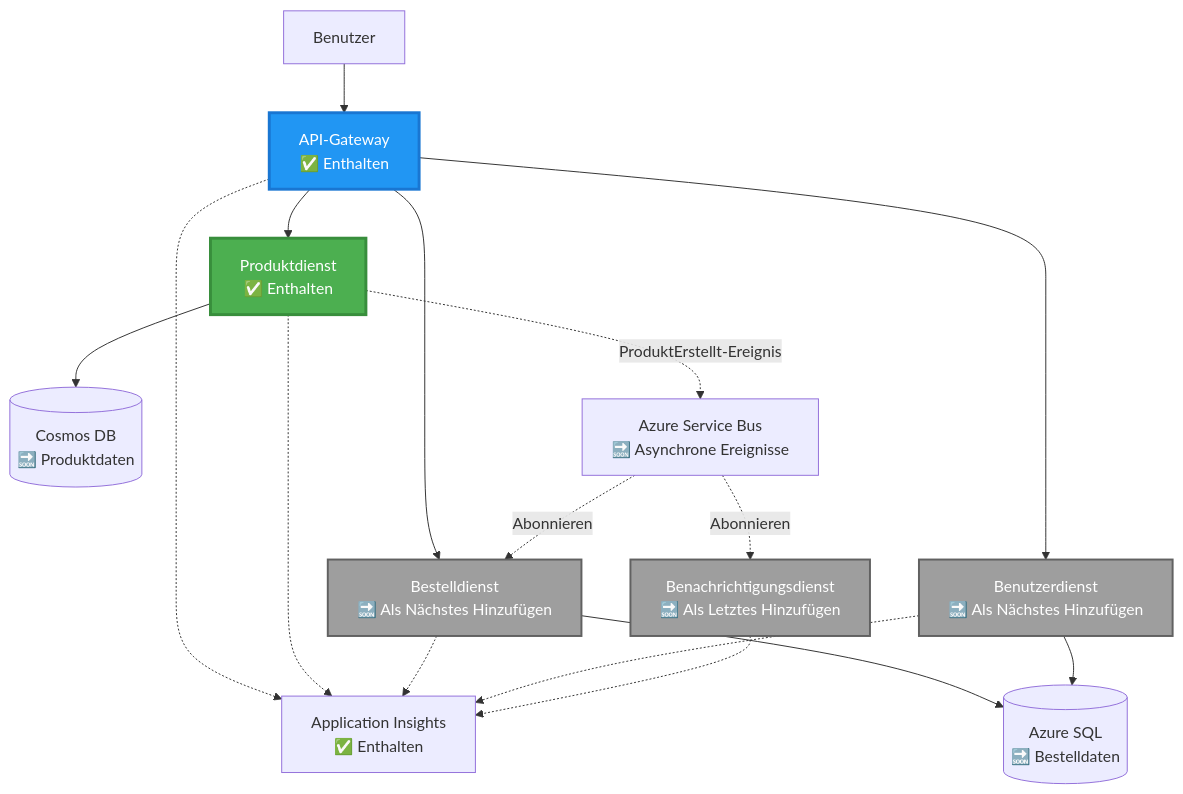
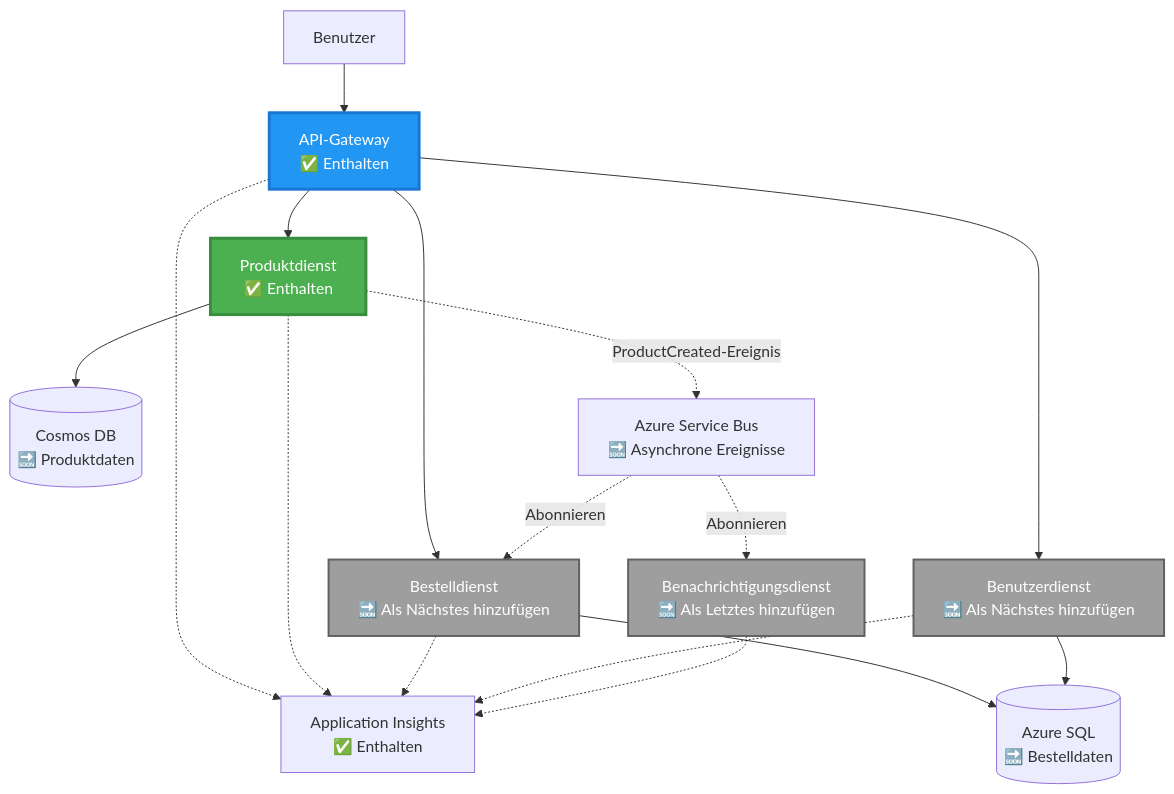
One commit to microsoft/AZD-for-beginners changed the second of 4 diagrams in translations/de/examples/microservices/README.md. Above: the diagram before and after it, drawn with Mermaid. The commit also changed other lines of this file and 242 other files, not shown here.

````diff
--- a/translations/de/examples/microservices/README.md
+++ b/translations/de/examples/microservices/README.md
@@ -78,39 +69,39 @@
 ```mermaid
 graph TB
     User[Benutzer]
     Gateway[API-Gateway<br/>✅ Enthalten]
     Product[Produktdienst<br/>✅ Enthalten]
-    Order[Bestelldienst<br/>🔜 Als Nächstes Hinzufügen]
-    UserSvc[Benutzerdienst<br/>🔜 Als Nächstes Hinzufügen]
-    Notify[Benachrichtigungsdienst<br/>🔜 Als Letztes Hinzufügen]
+    Order[Bestelldienst<br/>🔜 Als Nächstes hinzufügen]
+    UserSvc[Benutzerdienst<br/>🔜 Als Nächstes hinzufügen]
+    Notify[Benachrichtigungsdienst<br/>🔜 Als Letztes hinzufügen]
     
     CosmosDB[(Cosmos DB<br/>🔜 Produktdaten)]
     AzureSQL[(Azure SQL<br/>🔜 Bestelldaten)]
     ServiceBus[Azure Service Bus<br/>🔜 Asynchrone Ereignisse]
     AppInsights[Application Insights<br/>✅ Enthalten]
     
     User --> Gateway
     Gateway --> Product
     Gateway --> Order
     Gateway --> UserSvc
     
     Product --> CosmosDB
     Order --> AzureSQL
     UserSvc --> AzureSQL
     
-    Product -.->|ProduktErstellt-Ereignis| ServiceBus
+    Product -.->|ProductCreated-Ereignis| ServiceBus
     ServiceBus -.->|Abonnieren| Notify
     ServiceBus -.->|Abonnieren| Order
     
     Gateway -.-> AppInsights
     Product -.-> AppInsights
     Order -.-> AppInsights
     UserSvc -.-> AppInsights
     Notify -.-> AppInsights
     
     style Product fill:#4CAF50,stroke:#388E3C,stroke-width:3px,color:#fff
     style Gateway fill:#2196F3,stroke:#1976D2,stroke-width:3px,color:#fff
     style Order fill:#9E9E9E,stroke:#616161,stroke-width:2px,color:#fff
     style UserSvc fill:#9E9E9E,stroke:#616161,stroke-width:2px,color:#fff
     style Notify fill:#9E9E9E,stroke:#616161,stroke-width:2px,color:#fff
 ```
````
